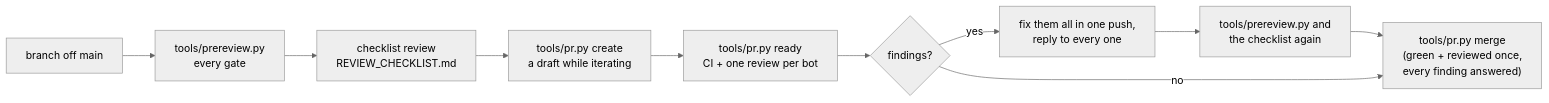
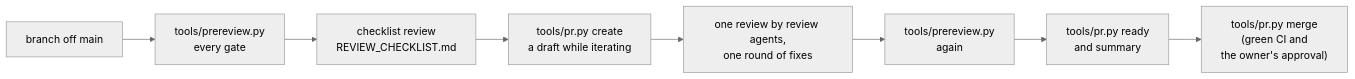
The diagram in docs/figures/diagrams/contributing_pr_flow.mmd (myersben9/fdia-graph), drawn with Mermaid (neutral theme) before and after one commit. The commit also changed 202 other files, not shown here.

First line of the commit message:
One place per kind of file: experiments/, pipelines/, Diataxis docs, a repository map in the layout gate (#232)

```diff
--- a/docs/figures/diagrams/contributing_pr_flow.mmd
+++ b/docs/figures/diagrams/contributing_pr_flow.mmd
@@ -1,10 +1,8 @@
 flowchart LR
     A[branch off main] --> B["tools/prereview.py<br/>every gate"]
     B --> C[checklist review<br/>REVIEW_CHECKLIST.md]
     C --> D["tools/pr.py create<br/>a draft while iterating"]
-    D --> E["tools/pr.py ready<br/>CI + one review per bot"]
-    E --> F{findings?}
-    F -- yes --> G[fix them all in one push,<br/>reply to every one]
-    G --> R["tools/prereview.py and<br/>the checklist again"]
-    R --> H
-    F -- no --> H["tools/pr.py merge<br/>(green + reviewed once,<br/>every finding answered)"]
+    D --> E[one review by review agents,<br/>one round of fixes]
+    E --> R["tools/prereview.py<br/>again"]
+    R --> F["tools/pr.py ready<br/>and summary"]
+    F --> H["tools/pr.py merge<br/>(green CI and<br/>the owner's approval)"]
```
